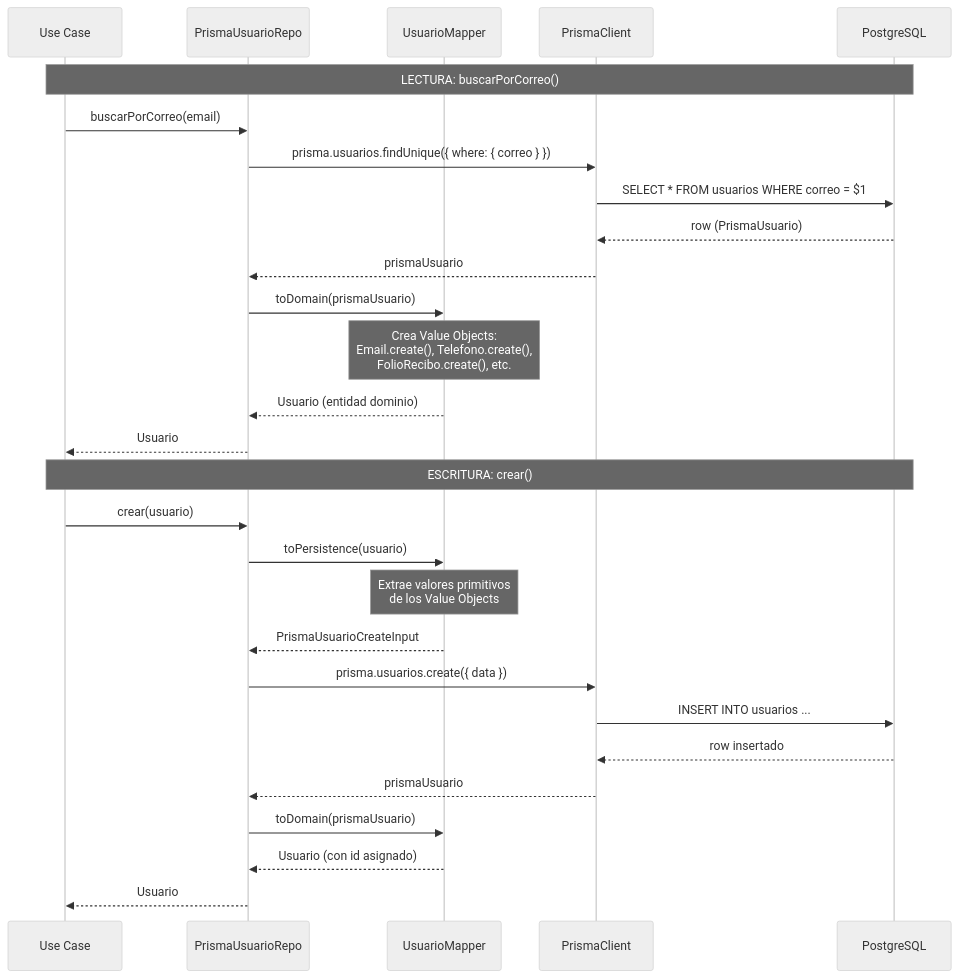
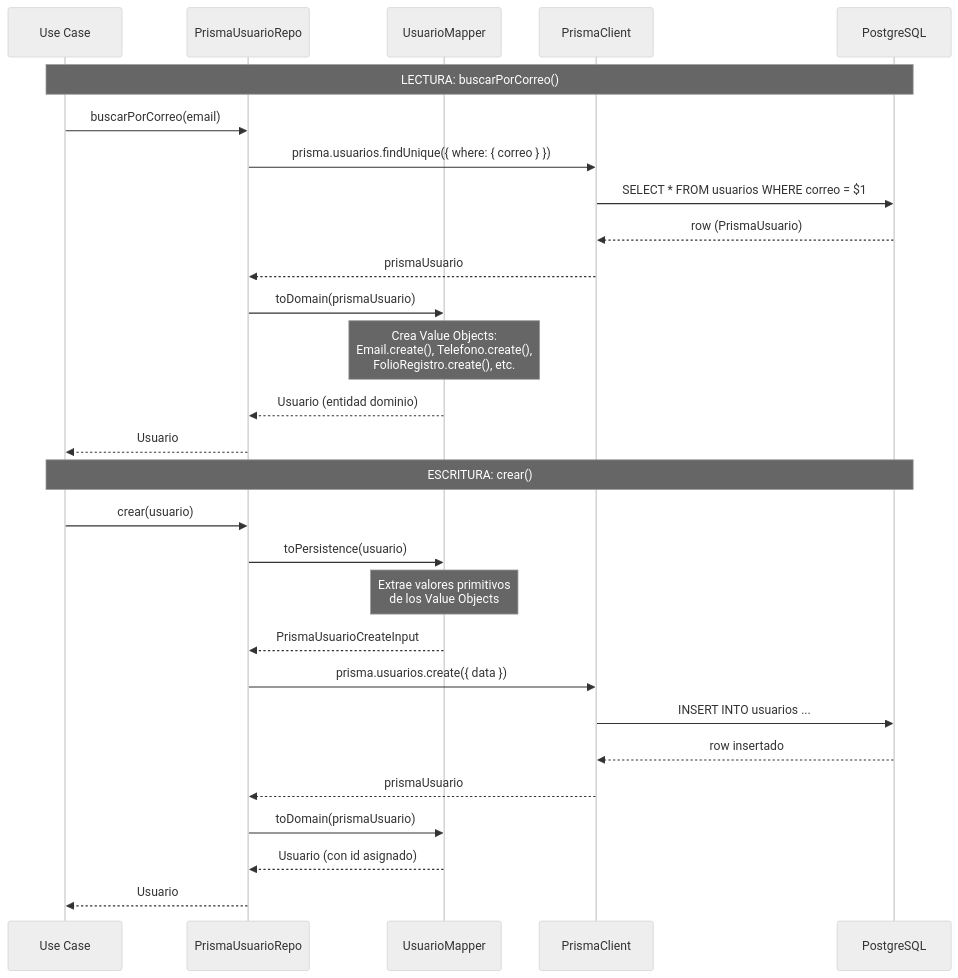
One commit to iKinoo/aniei-registro-2026 changed diagram 13 of 14 in docs/DESIGN.md. Above: the diagram before and after it, drawn with Mermaid (neutral theme). The commit also changed other lines of this file and 3 other files, not shown here.

````diff
--- a/docs/DESIGN.md
+++ b/docs/DESIGN.md
@@ -1169,32 +1552,32 @@
 ```mermaid
 sequenceDiagram
     participant UC as Use Case
     participant Repo as PrismaUsuarioRepo
     participant Mapper as UsuarioMapper
     participant Prisma as PrismaClient
     participant DB as PostgreSQL
 
     Note over UC,DB: LECTURA: buscarPorCorreo()
     UC->>Repo: buscarPorCorreo(email)
     Repo->>Prisma: prisma.usuarios.findUnique({ where: { correo } })
     Prisma->>DB: SELECT * FROM usuarios WHERE correo = $1
     DB-->>Prisma: row (PrismaUsuario)
     Prisma-->>Repo: prismaUsuario
     Repo->>Mapper: toDomain(prismaUsuario)
-    Note over Mapper: Crea Value Objects:<br/>Email.create(), Telefono.create(),<br/>FolioRecibo.create(), etc.
+    Note over Mapper: Crea Value Objects:<br/>Email.create(), Telefono.create(),<br/>FolioRegistro.create(), etc.
     Mapper-->>Repo: Usuario (entidad dominio)
     Repo-->>UC: Usuario
 
     Note over UC,DB: ESCRITURA: crear()
     UC->>Repo: crear(usuario)
     Repo->>Mapper: toPersistence(usuario)
     Note over Mapper: Extrae valores primitivos<br/>de los Value Objects
     Mapper-->>Repo: PrismaUsuarioCreateInput
     Repo->>Prisma: prisma.usuarios.create({ data })
     Prisma->>DB: INSERT INTO usuarios ...
     DB-->>Prisma: row insertado
     Prisma-->>Repo: prismaUsuario
     Repo->>Mapper: toDomain(prismaUsuario)
     Mapper-->>Repo: Usuario (con id asignado)
     Repo-->>UC: Usuario
 ```
````
